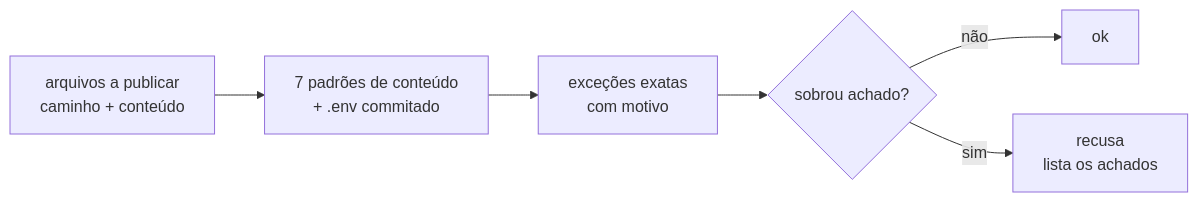
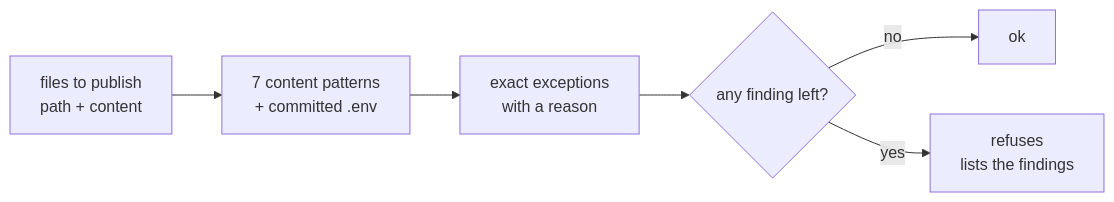
One commit to enzoconsulo/factory-tcc changed the diagram in docs/tasks/en/E7-dashboard-and-automation/FAB-706-secret-scanning-before-publishing.md. Above: the diagram before and after it, drawn with Mermaid. The commit also changed 52 other files, not shown here.

````diff
--- a/docs/tasks/en/E7-dashboard-and-automation/FAB-706-secret-scanning-before-publishing.md
+++ b/docs/tasks/en/E7-dashboard-and-automation/FAB-706-secret-scanning-before-publishing.md
@@ -11,8 +11,8 @@
 ```mermaid
 flowchart LR
-  A["arquivos a publicar<br/>caminho + conteúdo"] --> P["7 padrões de conteúdo<br/>+ .env commitado"]
-  P --> X["exceções exatas<br/>com motivo"]
-  X --> R{"sobrou achado?"}
-  R -- "não" --> OK["ok"]
-  R -- "sim" --> NO["recusa<br/>lista os achados"]
+  A["files to publish<br/>path + content"] --> P["7 content patterns<br/>+ committed .env"]
+  P --> X["exact exceptions<br/>with a reason"]
+  X --> R{"any finding left?"}
+  R -- "no" --> OK["ok"]
+  R -- "yes" --> NO["refuses<br/>lists the findings"]
 ```
````
